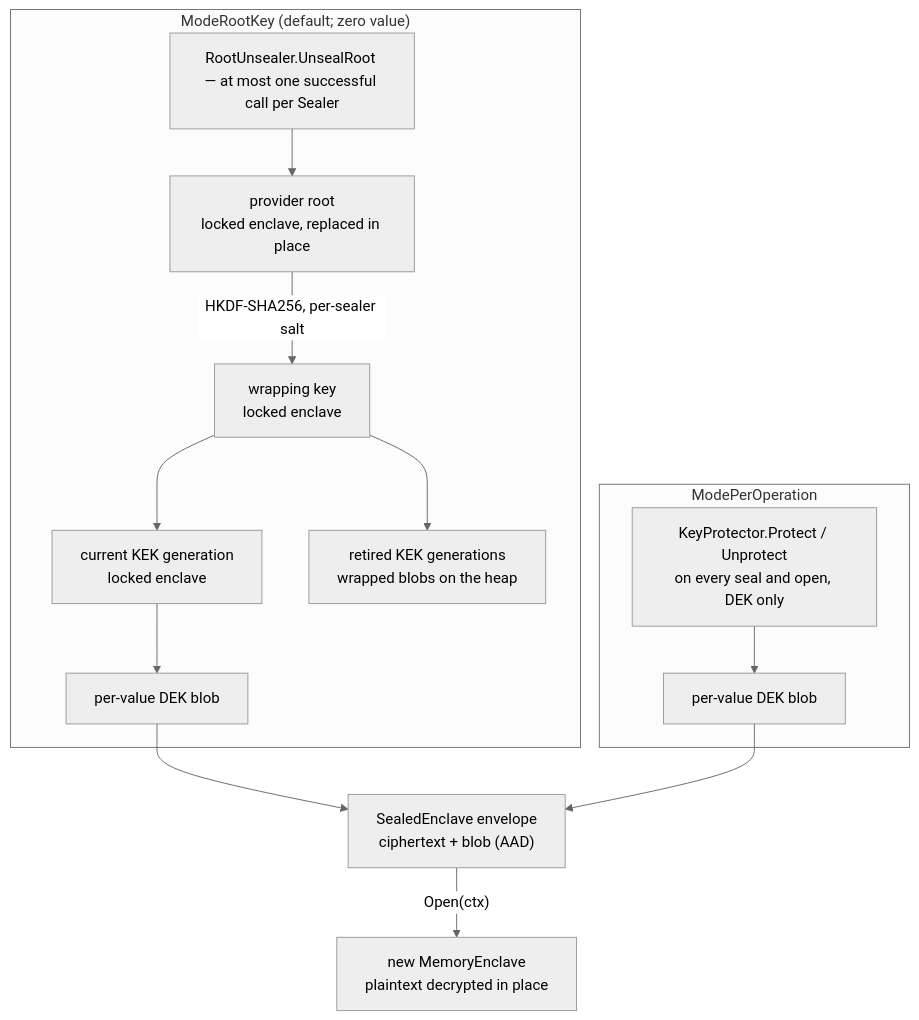
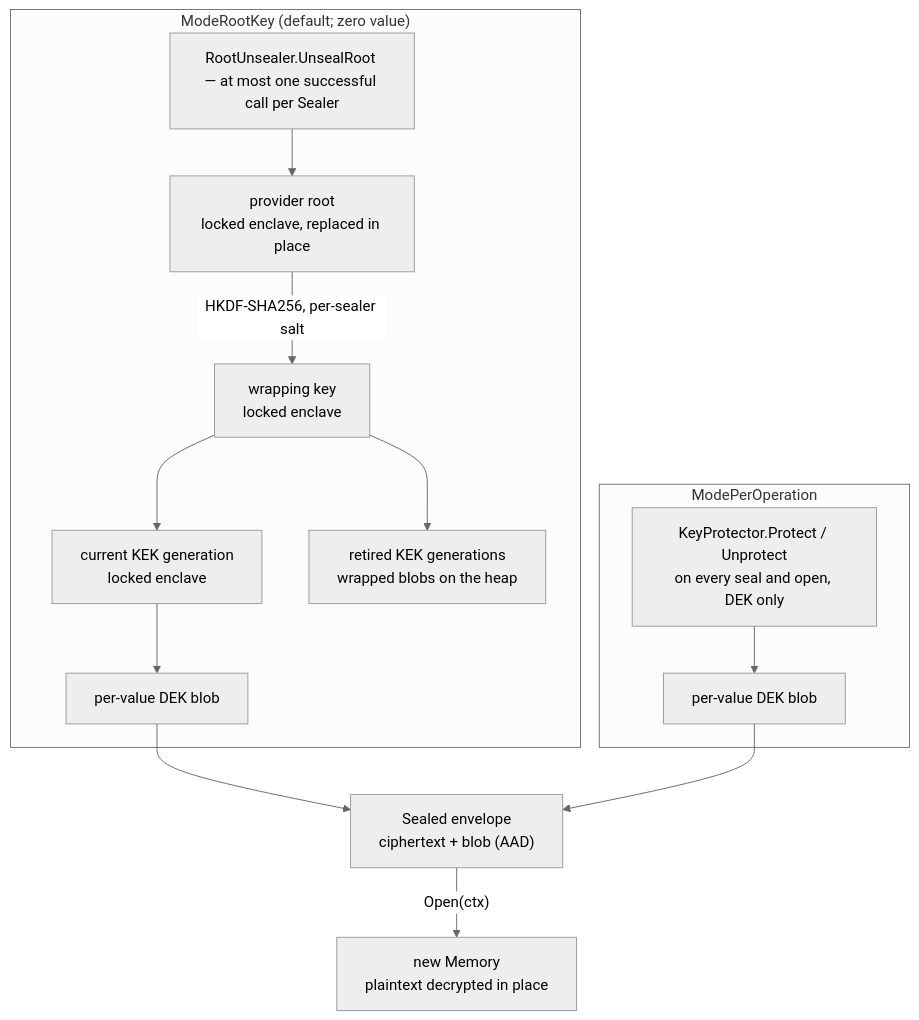
One commit to jeremyhahn/go-enclave changed the first of 3 diagrams in docs/sealing/architecture.md. Above: the diagram before and after it, drawn with Mermaid (neutral theme). The commit also changed other lines of this file and 106 other files, not shown here.

Commit message:
refactor!: rename MemoryEnclave, SealedEnclave and OpenWith; add noCopy (#145) (#149)

````diff
--- a/docs/sealing/architecture.md
+++ b/docs/sealing/architecture.md
@@ -29,16 +29,16 @@
 ```mermaid
 flowchart TB
   subgraph RK["ModeRootKey (default; zero value)"]
     RU["RootUnsealer.UnsealRoot — at most one successful call per Sealer"] --> ROOT["provider root<br/>locked enclave, replaced in place"]
     ROOT -->|"HKDF-SHA256, per-sealer salt"| WK["wrapping key<br/>locked enclave"]
     WK --> KEK["current KEK generation<br/>locked enclave"]
     WK --> RET["retired KEK generations<br/>wrapped blobs on the heap"]
     KEK --> DEK1["per-value DEK blob"]
   end
   subgraph PO["ModePerOperation"]
     KP["KeyProtector.Protect / Unprotect<br/>on every seal and open, DEK only"] --> DEK2["per-value DEK blob"]
   end
-  DEK1 --> ENV["SealedEnclave envelope<br/>ciphertext + blob (AAD)"]
+  DEK1 --> ENV["Sealed envelope<br/>ciphertext + blob (AAD)"]
   DEK2 --> ENV
-  ENV -- "Open(ctx)" --> ME["new MemoryEnclave<br/>plaintext decrypted in place"]
+  ENV -- "Open(ctx)" --> ME["new Memory<br/>plaintext decrypted in place"]
 ```
````
